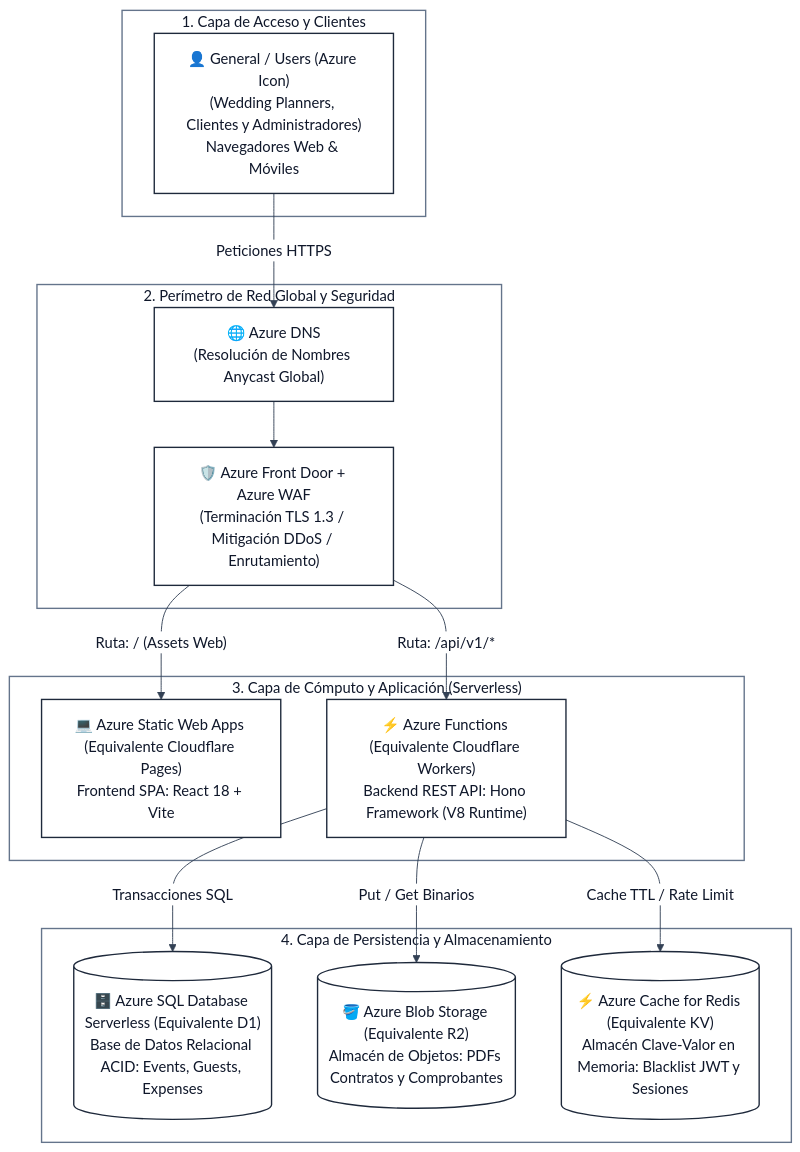
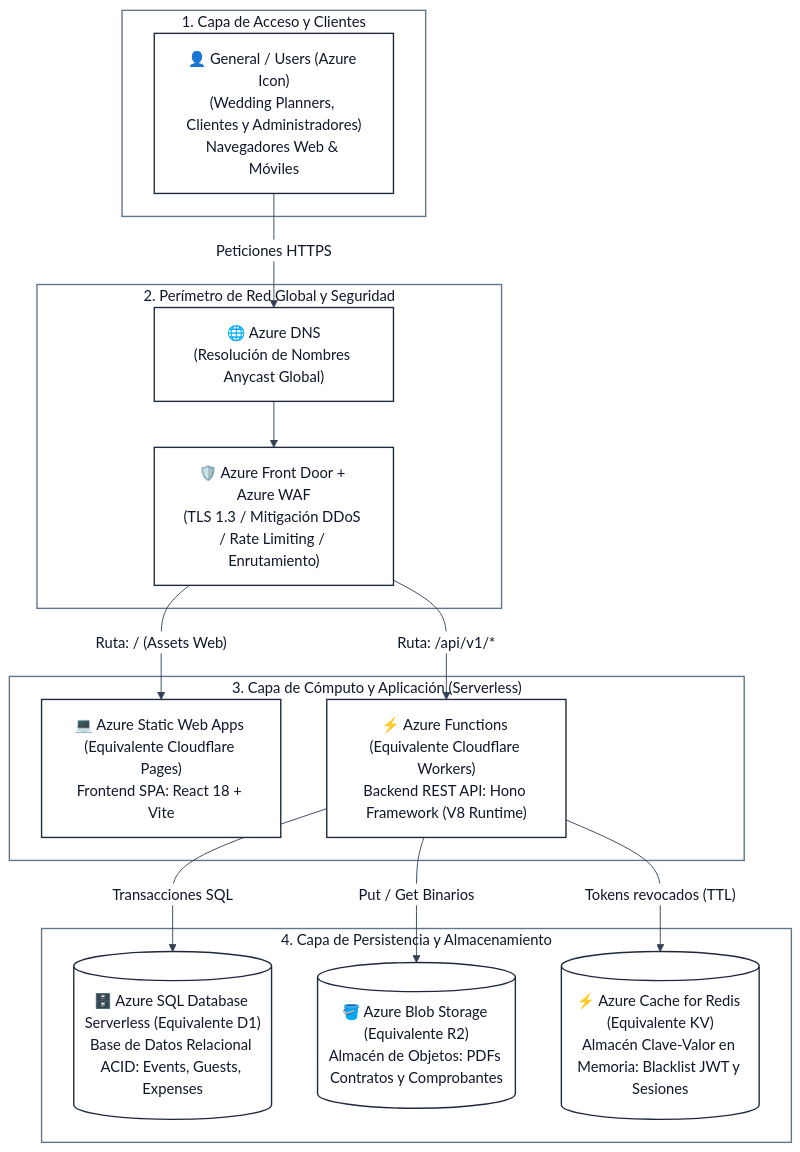
The fourth of 6 diagrams in docs/documento-final-word.md (Federico2003/GestionEventos), drawn with Mermaid before and after one commit. The commit also changed other lines of this file and 13 other files, not shown here.

````diff
--- a/docs/documento-final-word.md
+++ b/docs/documento-final-word.md
@@ -591,52 +634,52 @@
 ```mermaid
 %%{init: {
   'theme': 'base',
   'themeVariables': {
     'primaryColor': '#ffffff',
     'primaryBorderColor': '#1e293b',
     'primaryTextColor': '#0f172a',
     'lineColor': '#334155'
   }
 }}%%
 flowchart TD
     %% NIVEL 1: CLIENTES
     subgraph AzureTier1 ["1. Capa de Acceso y Clientes"]
         AzureUsers["👤 General / Users (Azure Icon)\n(Wedding Planners, Clientes y Administradores)\nNavegadores Web & Móviles"]
     end
 
     %% NIVEL 2: PERÍMETRO Y SEGURIDAD AZURE
     subgraph AzureTier2 ["2. Perímetro de Red Global y Seguridad"]
         AzureDNS["🌐 Azure DNS\n(Resolución de Nombres Anycast Global)"]
-        AzureWAF["🛡️ Azure Front Door + Azure WAF\n(Terminación TLS 1.3 / Mitigación DDoS / Enrutamiento)"]
+        AzureWAF["🛡️ Azure Front Door + Azure WAF\n(TLS 1.3 / Mitigación DDoS / Rate Limiting / Enrutamiento)"]
         AzureDNS --> AzureWAF
     end
 
     %% NIVEL 3: CÓMPUTO SERVERLESS AZURE
     subgraph AzureTier3 ["3. Capa de Cómputo y Aplicación (Serverless)"]
         AzureStaticWeb["💻 Azure Static Web Apps (Equivalente Cloudflare Pages)\nFrontend SPA: React 18 + Vite"]
         AzureFunctions["⚡ Azure Functions (Equivalente Cloudflare Workers)\nBackend REST API: Hono Framework (V8 Runtime)"]
     end
 
     %% NIVEL 4: PERSISTENCIA Y ALMACENAMIENTO AZURE
     subgraph AzureTier4 ["4. Capa de Persistencia y Almacenamiento"]
         AzureSQL[("🗄️ Azure SQL Database Serverless (Equivalente D1)\nBase de Datos Relacional ACID: Events, Guests, Expenses")]
         AzureBlob[("🪣 Azure Blob Storage (Equivalente R2)\nAlmacén de Objetos: PDFs Contratos y Comprobantes")]
         AzureRedis[("⚡ Azure Cache for Redis (Equivalente KV)\nAlmacén Clave-Valor en Memoria: Blacklist JWT y Sesiones")]
     end
 
     %% Flujos de Red y Conectividad
     AzureUsers -->|"Peticiones HTTPS"| AzureDNS
     AzureWAF -->|"Ruta: / (Assets Web)"| AzureStaticWeb
     AzureWAF -->|"Ruta: /api/v1/*"| AzureFunctions
 
     AzureFunctions -->|"Transacciones SQL"| AzureSQL
     AzureFunctions -->|"Put / Get Binarios"| AzureBlob
-    AzureFunctions -->|"Cache TTL / Rate Limit"| AzureRedis
+    AzureFunctions -->|"Tokens revocados (TTL)"| AzureRedis
 
     classDef whiteNode fill:#ffffff,stroke:#1e293b,stroke-width:1.5px,color:#0f172a;
     class AzureUsers,AzureDNS,AzureWAF,AzureStaticWeb,AzureFunctions,AzureSQL,AzureBlob,AzureRedis whiteNode;
     style AzureTier1 fill:#ffffff,stroke:#64748b,stroke-width:1.5px,color:#0f172a
     style AzureTier2 fill:#ffffff,stroke:#64748b,stroke-width:1.5px,color:#0f172a
     style AzureTier3 fill:#ffffff,stroke:#64748b,stroke-width:1.5px,color:#0f172a
     style AzureTier4 fill:#ffffff,stroke:#64748b,stroke-width:1.5px,color:#0f172a
 ```
````
